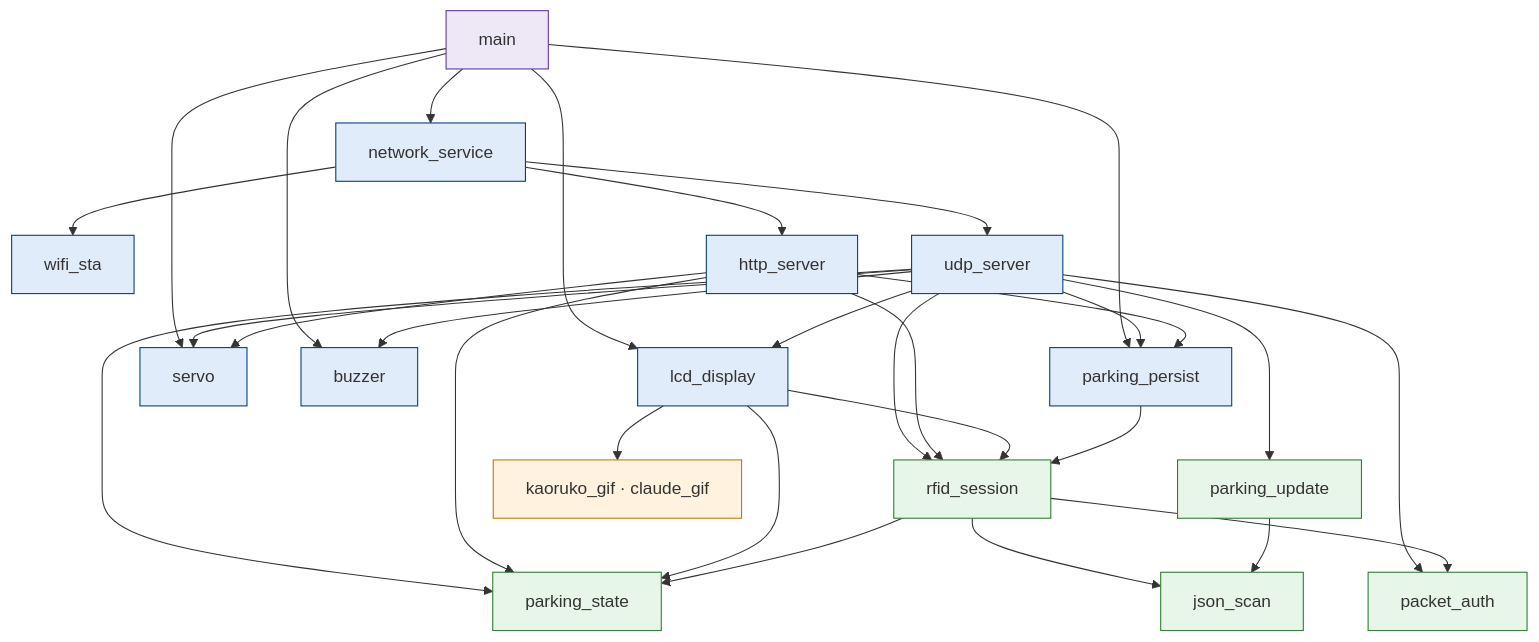
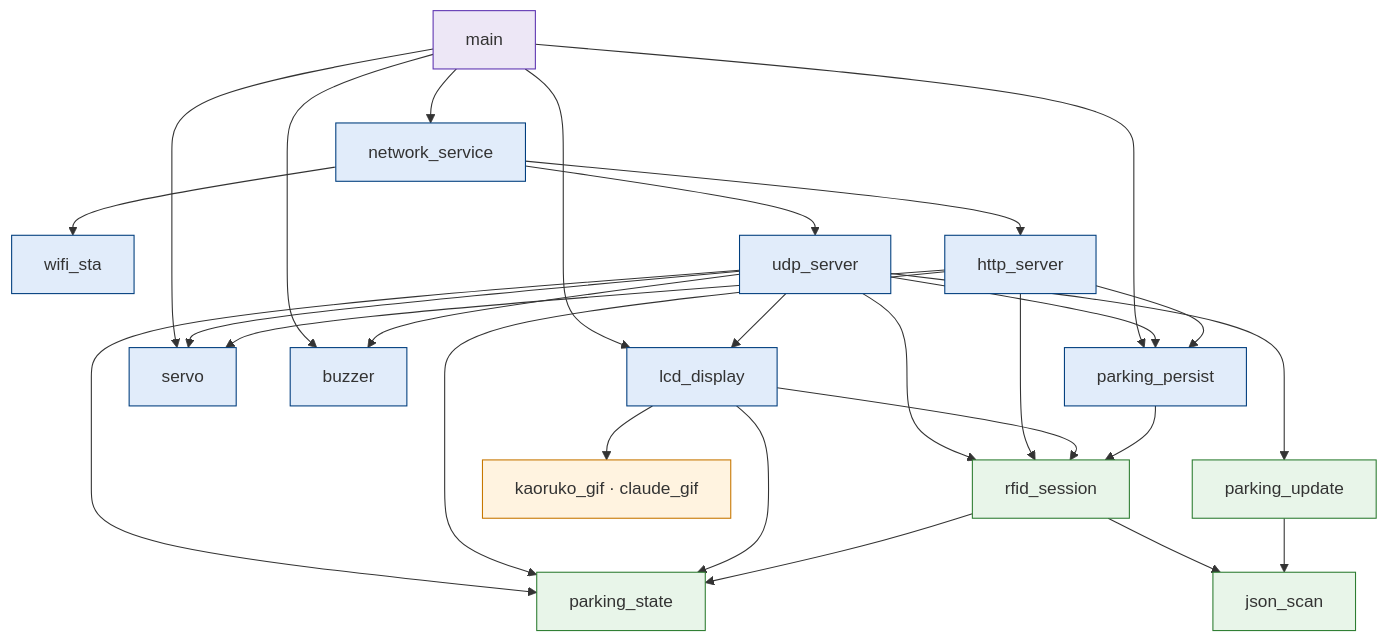
Before and after one commit to thinhdinh25/INT3108_embedded-Smart-Parking-Project: the diagram in report/diagrams/deps.mmd, drawn with Mermaid. The commit also changed 57 other files, not shown here.

```diff
--- a/report/diagrams/deps.mmd
+++ b/report/diagrams/deps.mmd
@@ -1,15 +1,15 @@
 flowchart TB
   main --> net[network_service] & lcd[lcd_display] & servo & buzzer & pp[parking_persist]
   net --> wifi[wifi_sta] & udp[udp_server] & http[http_server]
   udp --> lcd & servo & buzzer & pp
-  udp --> ps[parking_state] & pu[parking_update] & rs[rfid_session] & pa[packet_auth]
+  udp --> ps[parking_state] & pu[parking_update] & rs[rfid_session]
   http --> servo & ps & rs & pp
   lcd --> ps & rs & gif[kaoruko_gif · claude_gif]
   pp --> rs
-  rs --> ps & js[json_scan] & pa
+  rs --> ps & js[json_scan]
   pu --> js
   classDef app fill:#EDE7F6,stroke:#5E35B1;
   classDef svc fill:#E1ECFA,stroke:#003E7E;
   classDef dom fill:#E8F5E9,stroke:#2E7D32;
   classDef data fill:#FFF3E0,stroke:#C77700;
-  class main app; class net,wifi,udp,http,lcd,servo,buzzer,pp svc; class ps,pu,rs,js,pa dom; class gif data;
+  class main app; class net,wifi,udp,http,lcd,servo,buzzer,pp svc; class ps,pu,rs,js dom; class gif data;
```
